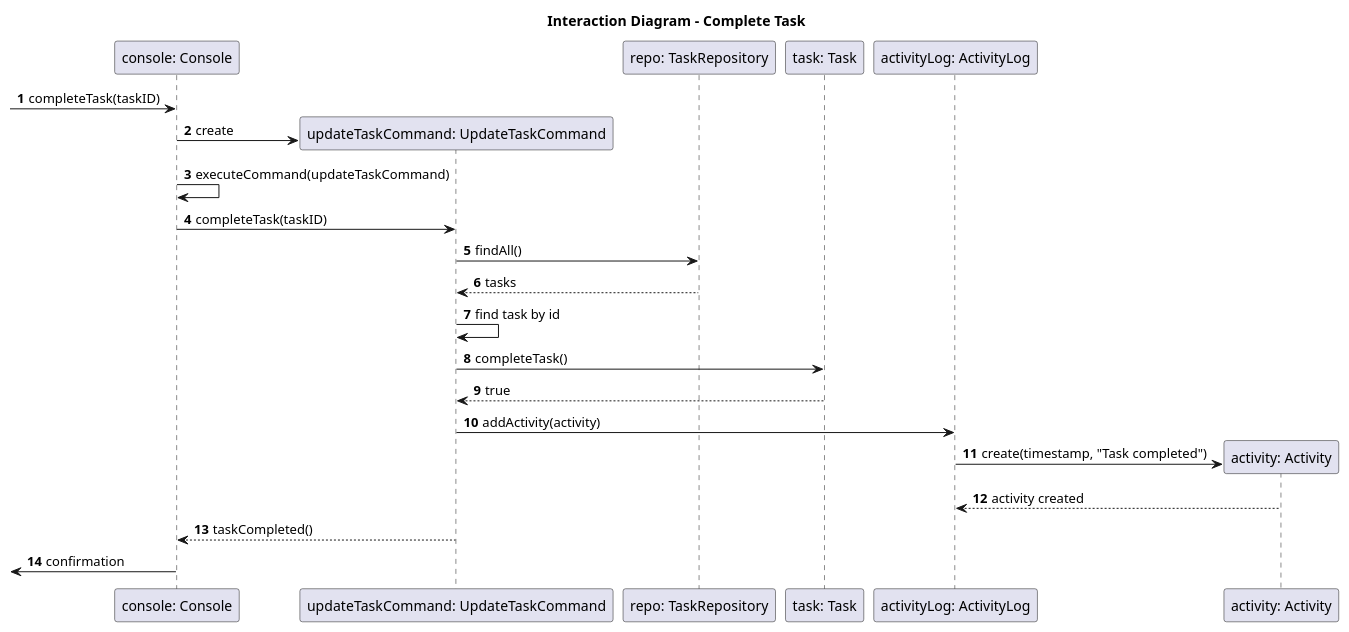
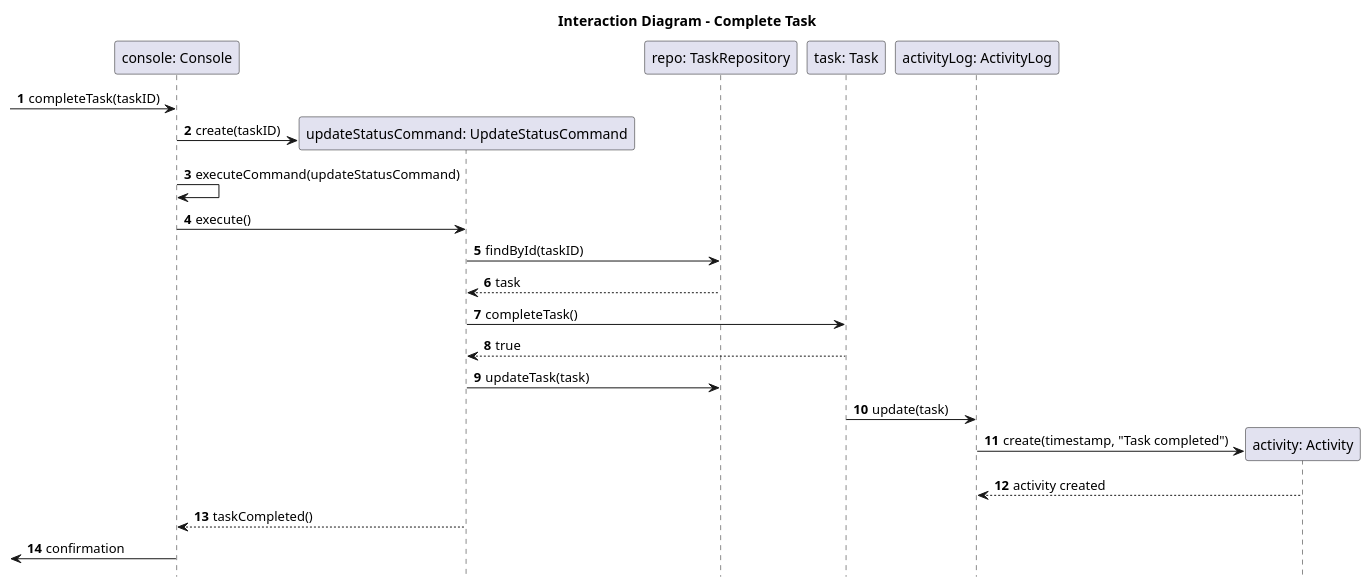
The diagram in Iteration_02/Interaction Diagram/complete_task_sd.plantuml (t-mandam/SOEN_342_Group_Project), drawn with PlantUML before and after one commit. The commit also changed 7 other files, not shown here.

First line of the commit message:
Updated interaction diagrams

```diff
--- a/Iteration_02/Interaction Diagram/complete_task_sd.plantuml
+++ b/Iteration_02/Interaction Diagram/complete_task_sd.plantuml
@@ -1,33 +1,35 @@
 @startuml
 title Interaction Diagram - Complete Task
 autonumber
+hide footbox
 
 participant "console: Console" as console
-participant "updateTaskCommand: UpdateTaskCommand" as updateTaskCommand
+participant "updateStatusCommand: UpdateStatusCommand" as updateStatusCommand
 participant "repo: TaskRepository" as repo
 participant "task: Task" as task
 participant "activityLog: ActivityLog" as activityLog
 participant "activity: Activity" as activity
 
 [-> console : completeTask(taskID)
-create updateTaskCommand
-console -> updateTaskCommand : create
-console -> console : executeCommand(updateTaskCommand)
-console -> updateTaskCommand : completeTask(taskID)
 
-updateTaskCommand -> repo : findAll()
-repo --> updateTaskCommand : tasks
-updateTaskCommand -> updateTaskCommand : find task by id
+create updateStatusCommand
+console -> updateStatusCommand : create(taskID)
+console -> console : executeCommand(updateStatusCommand)
+console -> updateStatusCommand : execute()
 
-updateTaskCommand -> task : completeTask()
-task --> updateTaskCommand : true
+updateStatusCommand -> repo : findById(taskID)
+repo --> updateStatusCommand : task
 
-updateTaskCommand -> activityLog : addActivity(activity)
+updateStatusCommand -> task : completeTask()
+task --> updateStatusCommand : true
+
+updateStatusCommand -> repo : updateTask(task)
+
+task -> activityLog : update(task)
 create activity
 activityLog -> activity : create(timestamp, "Task completed")
 activity --> activityLog : activity created
 
-updateTaskCommand --> console : taskCompleted()
+updateStatusCommand --> console : taskCompleted()
 [<- console : confirmation
-
 @enduml
```
